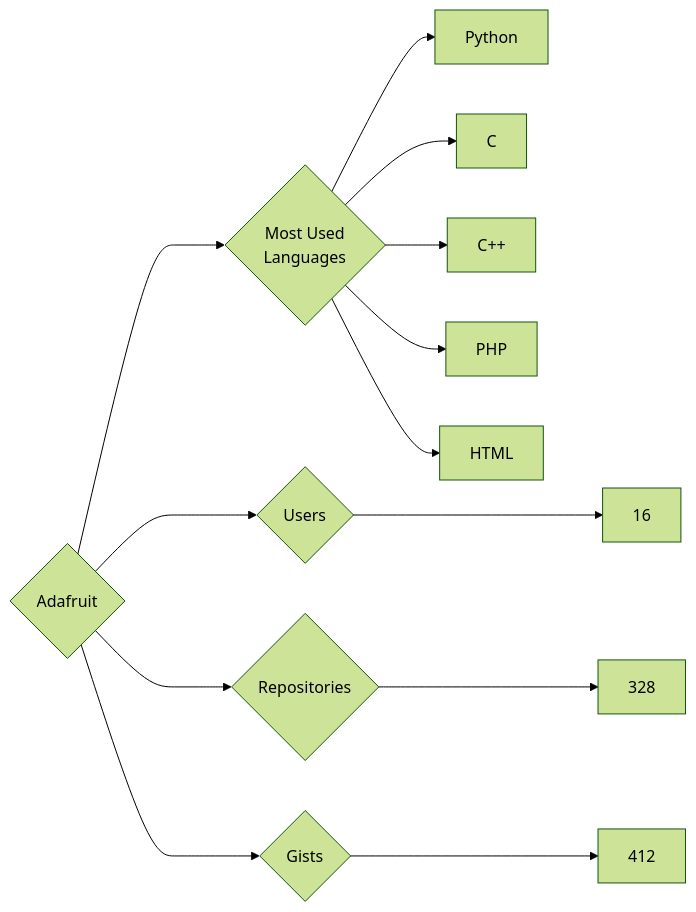
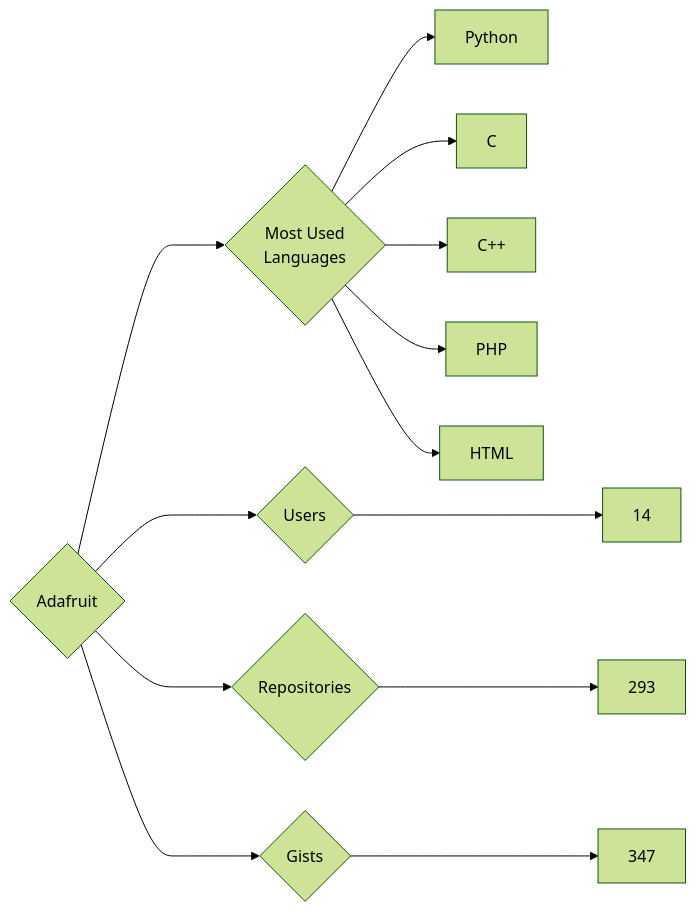
Before and after one commit to trickest/insiders: the diagram in targets/Adafruit/README.md, drawn with Mermaid (forest theme). The commit also changed 757 other files, not shown here.

````diff
--- a/targets/Adafruit/README.md
+++ b/targets/Adafruit/README.md
@@ -3,13 +3,13 @@
 ```mermaid
 graph LR
 COMPANY_NAME{Adafruit}
-COMPANY_NAME ---> U{Users} ---> UN[16]
-COMPANY_NAME ---> R{Repositories} ---> RN[328]
-COMPANY_NAME ---> G{Gists} ---> GN[412]
+COMPANY_NAME ---> U{Users} ---> UN[14]
+COMPANY_NAME ---> R{Repositories} ---> RN[293]
+COMPANY_NAME ---> G{Gists} ---> GN[347]
 COMPANY_NAME ---> ML{Most Used<br>Languages}
 ML --> Python[Python]
 ML --> C[C]
 ML --> C++[C++]
 ML --> PHP[PHP]
 ML --> HTML[HTML]
 ```
````
